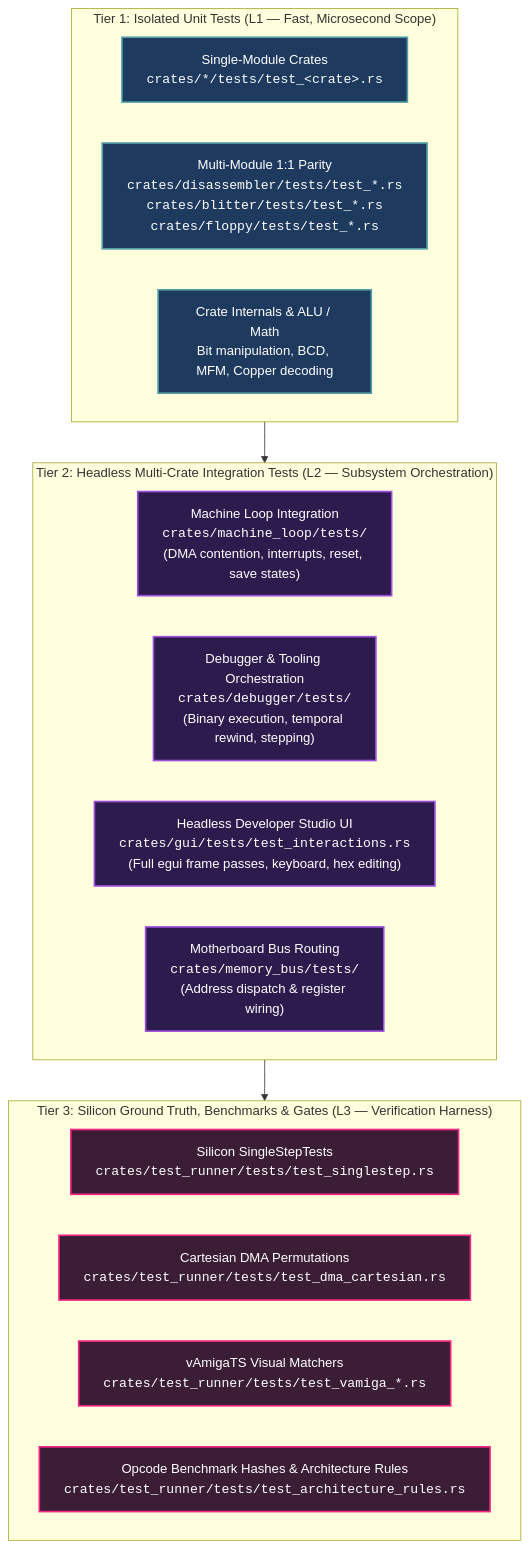
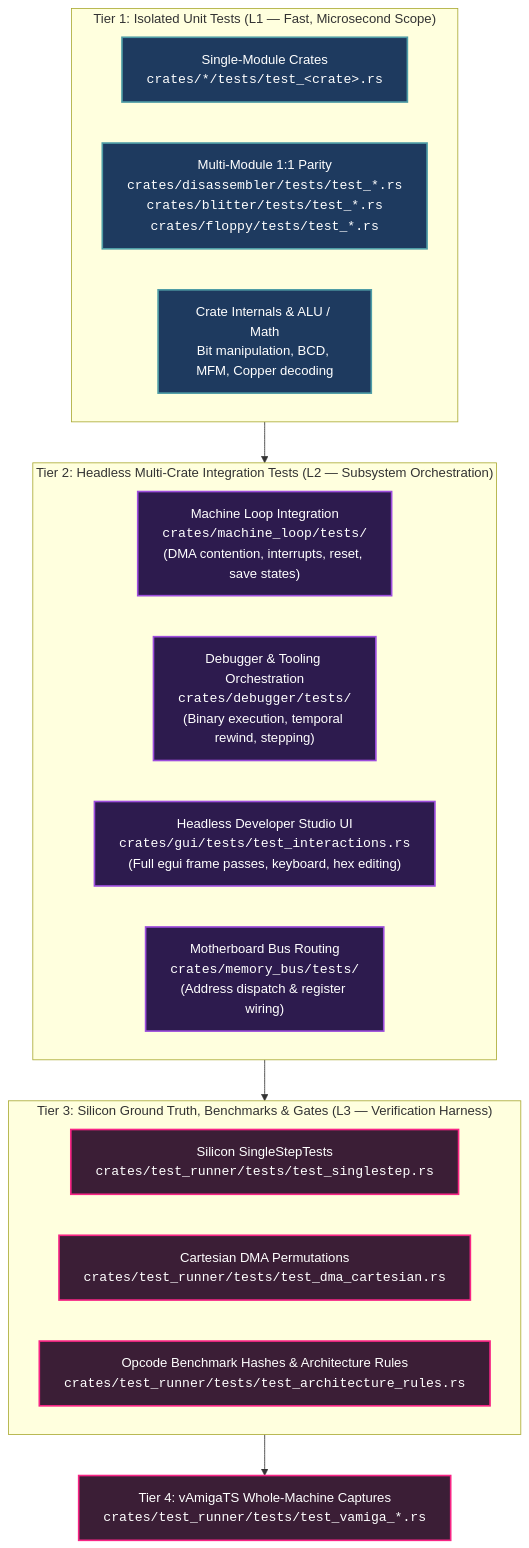
The first of 2 diagrams in Obsidian/Amiga/Design/Testing Strategy and Quality Assurance.md (tomek-anuszkiewicz/amiga-studio), drawn with Mermaid before and after one commit. The commit also changed other lines of this file and 47 other files, not shown here.

````diff
--- a/Obsidian/Amiga/Design/Testing Strategy and Quality Assurance.md
+++ b/Obsidian/Amiga/Design/Testing Strategy and Quality Assurance.md
@@ -24,29 +24,30 @@
 ```mermaid
 graph TD
     classDef t1 fill:#1e3a5f,stroke:#4f9da6,stroke-width:2px,color:#ffffff;
     classDef t2 fill:#2d1b4e,stroke:#9d4edd,stroke-width:2px,color:#ffffff;
     classDef t3 fill:#3b1e36,stroke:#f72585,stroke-width:2px,color:#ffffff;
 
     subgraph Tier1["Tier 1: Isolated Unit Tests (L1 — Fast, Microsecond Scope)"]
         U1["Single-Module Crates<br/><code>crates/*/tests/test_&lt;crate&gt;.rs</code>"]:::t1
         U2["Multi-Module 1:1 Parity<br/><code>crates/disassembler/tests/test_*.rs</code><br/><code>crates/blitter/tests/test_*.rs</code><br/><code>crates/floppy/tests/test_*.rs</code>"]:::t1
         U3["Crate Internals & ALU / Math<br/>Bit manipulation, BCD, MFM, Copper decoding"]:::t1
     end
 
     subgraph Tier2["Tier 2: Headless Multi-Crate Integration Tests (L2 — Subsystem Orchestration)"]
         I1["Machine Loop Integration<br/><code>crates/machine_loop/tests/</code><br/>(DMA contention, interrupts, reset, save states)"]:::t2
         I2["Debugger & Tooling Orchestration<br/><code>crates/debugger/tests/</code><br/>(Binary execution, temporal rewind, stepping)"]:::t2
         I3["Headless Developer Studio UI<br/><code>crates/gui/tests/test_interactions.rs</code><br/>(Full egui frame passes, keyboard, hex editing)"]:::t2
         I4["Motherboard Bus Routing<br/><code>crates/memory_bus/tests/</code><br/>(Address dispatch & register wiring)"]:::t2
     end
 
     subgraph Tier3["Tier 3: Silicon Ground Truth, Benchmarks & Gates (L3 — Verification Harness)"]
         V1["Silicon SingleStepTests<br/><code>crates/test_runner/tests/test_singlestep.rs</code>"]:::t3
         V2["Cartesian DMA Permutations<br/><code>crates/test_runner/tests/test_dma_cartesian.rs</code>"]:::t3
-        V3["vAmigaTS Visual Matchers<br/><code>crates/test_runner/tests/test_vamiga_*.rs</code>"]:::t3
         V4["Opcode Benchmark Hashes & Architecture Rules<br/><code>crates/test_runner/tests/test_architecture_rules.rs</code>"]:::t3
     end
 
+    V3["Tier 4: vAmigaTS Whole-Machine Captures<br/><code>crates/test_runner/tests/test_vamiga_*.rs</code>"]:::t3
     Tier1 --> Tier2
     Tier2 --> Tier3
+    Tier3 --> V3
 ```
````
